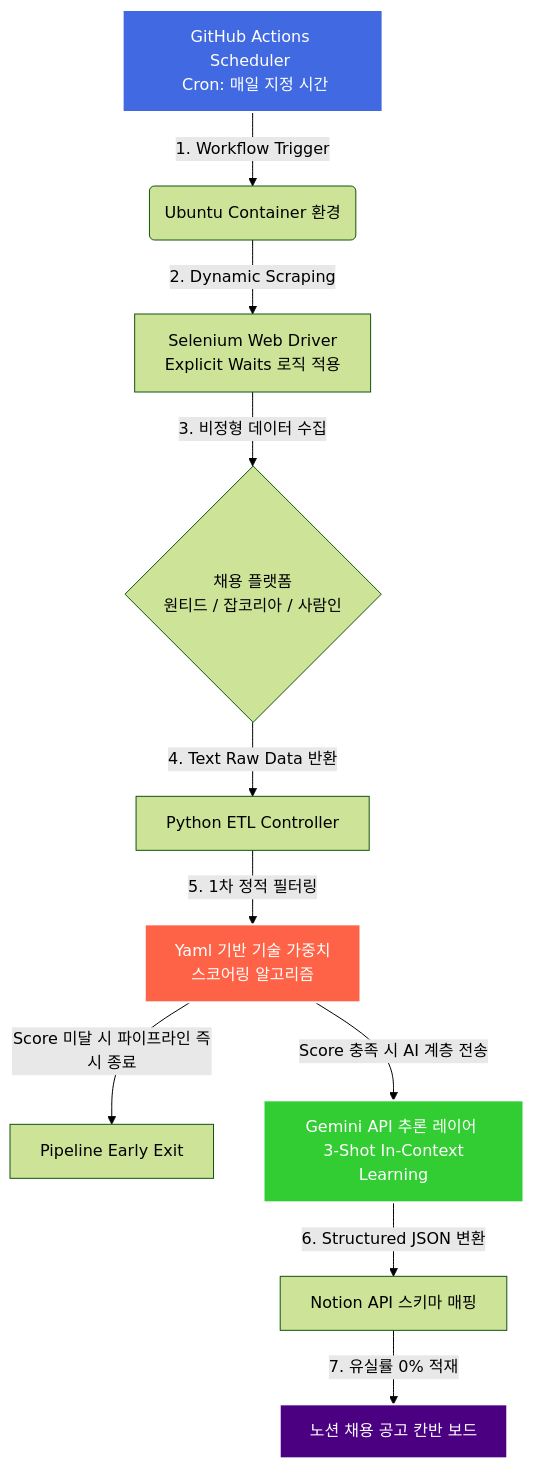
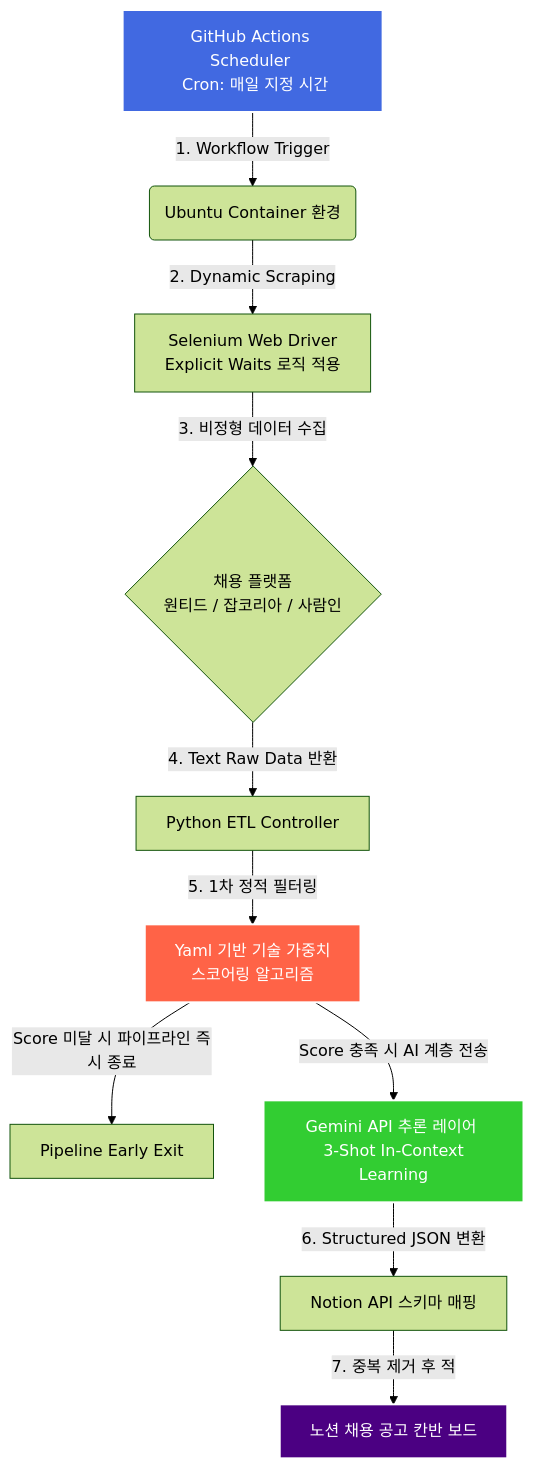
The diagram in README.md (hoyonzz/web-crawler), drawn with Mermaid (forest theme) before and after one commit. The commit also changed other lines of this file, not shown here.

````diff
--- a/README.md
+++ b/README.md
@@ -28,25 +27,25 @@
 ```mermaid
 graph TD
     %% Trigger Layer
     A["GitHub Actions Scheduler <br> Cron: 매일 지정 시간"] -->|1. Workflow Trigger| B("Ubuntu Container 환경")
 
     %% Extract Layer
     B -->|2. Dynamic Scraping| C["Selenium Web Driver <br> Explicit Waits 로직 적용"]
     C -->|3. 비정형 데이터 수집| D{"채용 플랫폼 <br> 원티드 / 잡코리아 / 사람인"}
 
     %% Transform & Filter Layer
     D -->|4. Text Raw Data 반환| E["Python ETL Controller"]
     E -->|5. 1차 정적 필터링| F["Yaml 기반 기술 가중치 <br> 스코어링 알고리즘"]
     F -->|Score 미달 시 파이프라인 즉시 종료| X["Pipeline Early Exit"]
     F -->|Score 충족 시 AI 계층 전송| G["Gemini API 추론 레이어 <br> 3-Shot In-Context Learning"]
 
     %% Load Layer
     G -->|6. Structured JSON 변환| H["Notion API 스키마 매핑"]
-    H -->|7. 유실률 0% 적재| I["노션 채용 공고 칸반 보드"]
+    H -->|7. 중복 제거 후 적| I["노션 채용 공고 칸반 보드"]
 
     %% Styling
     style A fill:#4169E1,stroke:#fff,stroke-width:2px,color:#fff
     style F fill:#FF6347,stroke:#fff,stroke-width:2px,color:#fff
     style G fill:#32CD32,stroke:#fff,stroke-width:2px,color:#fff
     style I fill:#4B0082,stroke:#fff,stroke-width:2px,color:#fff
 ```
````
